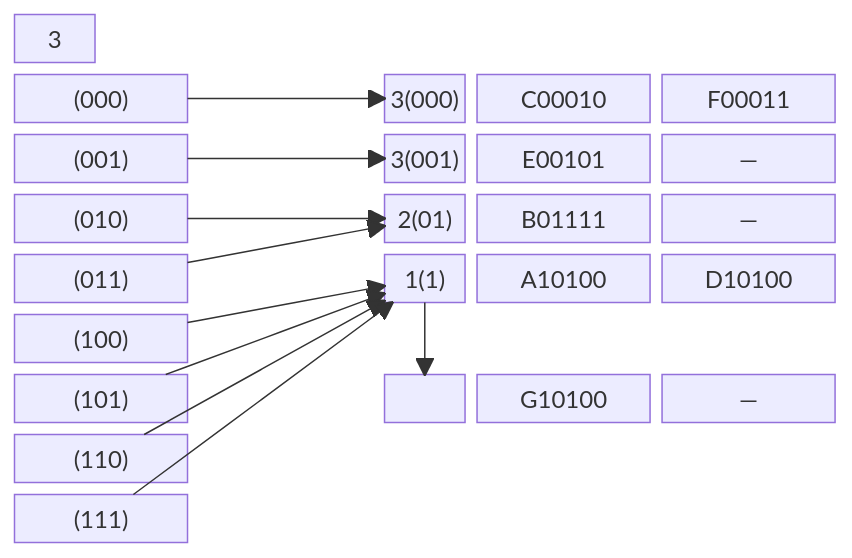
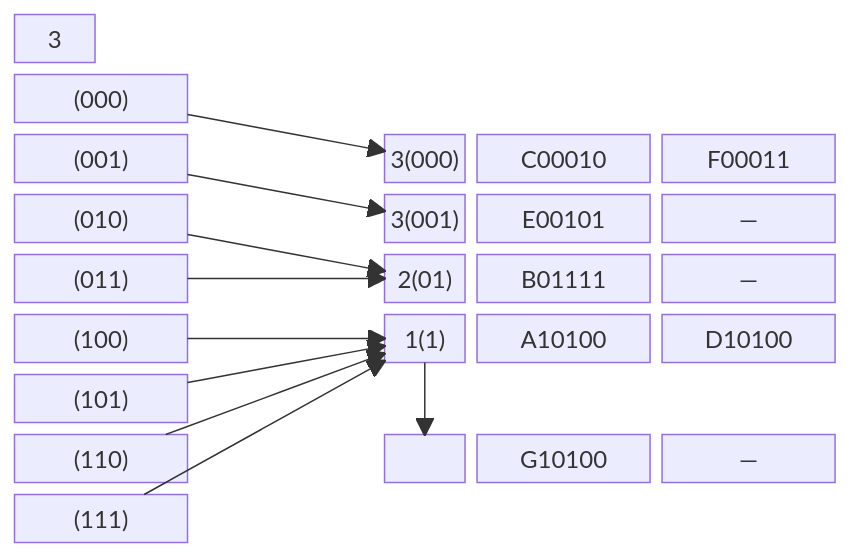
Diagram 24 of 24 in Assuntos/busca-ext.md (BenhurUFSM/pod26b), drawn with Mermaid before and after one commit. The commit also changed other lines of this file, not shown here.

````diff
--- a/Assuntos/busca-ext.md
+++ b/Assuntos/busca-ext.md
@@ -575,22 +581,22 @@
 ```mermaid
 block
   columns 9
-  nl["3"] space  space:2  space:5
-  l000["(000)"]:2    space:2  n000["3(000)"] b000a["C00010"]:2 b000b["F00011"]:2
-  l001["(001)"]:2    space:2  n001["3(001)"] b001a["E00101"]:2 b001b["—"]:2
-  l010["(010)"]:2    space:2  n01["2(01)"] b01a["B01111"]:2 b01b["—"]:2
-  l011["(011)"]:2    space:2  n1["1(1)"] b1a["A10100"]:2 b1b["D10100"]:2
-  l100["(100)"]:2    space:2  space:5
-  l101["(101)"]:2    space:2  n1x[" "] b1ax["G10100"]:2 b1bx["—"]:2
-  l110["(110)"]:2    space:2  space:5
-  l111["(111)"]:2    space:2  space:5
+  nl["3"] space    space:2  space:5
+  l000["(000)"]:2  space:2  space:5
+  l001["(001)"]:2  space:2  n000["3(000)"] b000a["C00010"]:2 b000b["F00011"]:2
+  l010["(010)"]:2  space:2  n001["3(001)"] b001a["E00101"]:2 b001b["—"]:2
+  l011["(011)"]:2  space:2  n01["2(01)"] b01a["B01111"]:2 b01b["—"]:2
+  l100["(100)"]:2  space:2  n1["1(1)"] b1a["A10100"]:2 b1b["D10100"]:2
+  l101["(101)"]:2  space:2  space:5
+  l110["(110)"]:2  space:2  n1x[" "] b1ax["G10100"]:2 b1bx["—"]:2
+  l111["(111)"]:2  space:2  space:5
   l000-->n000
   l001-->n001
   l010-->n01
   l011-->n01
   l100-->n1
   l101-->n1
   l110-->n1
   l111-->n1
   n1-->n1x
 ```
````
